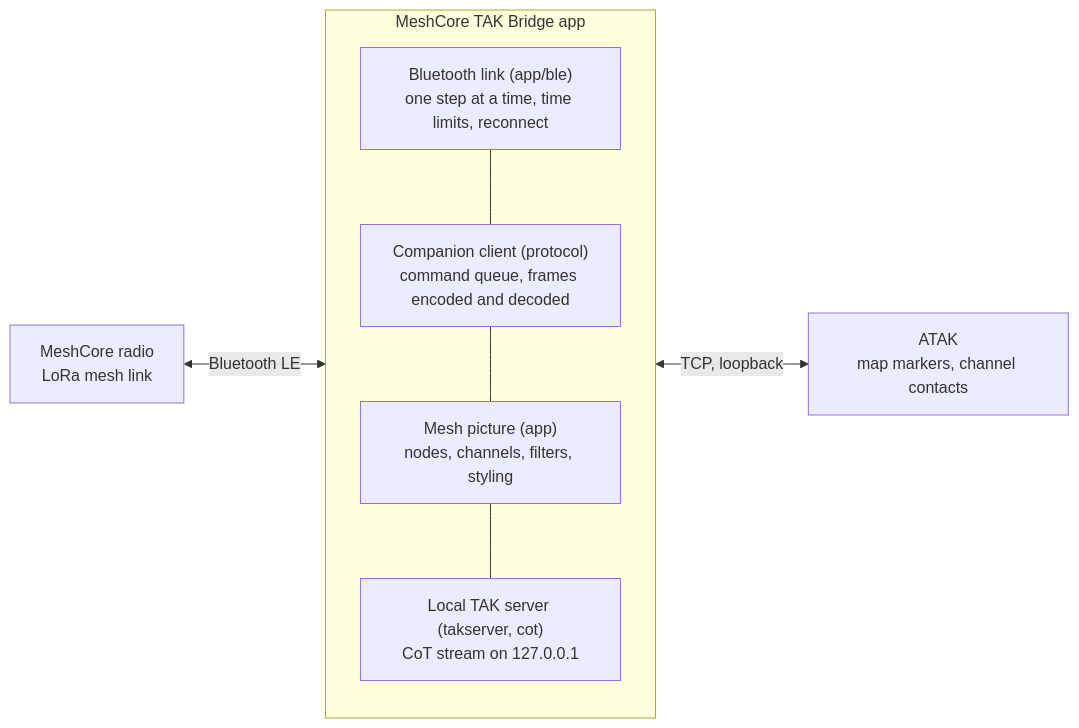
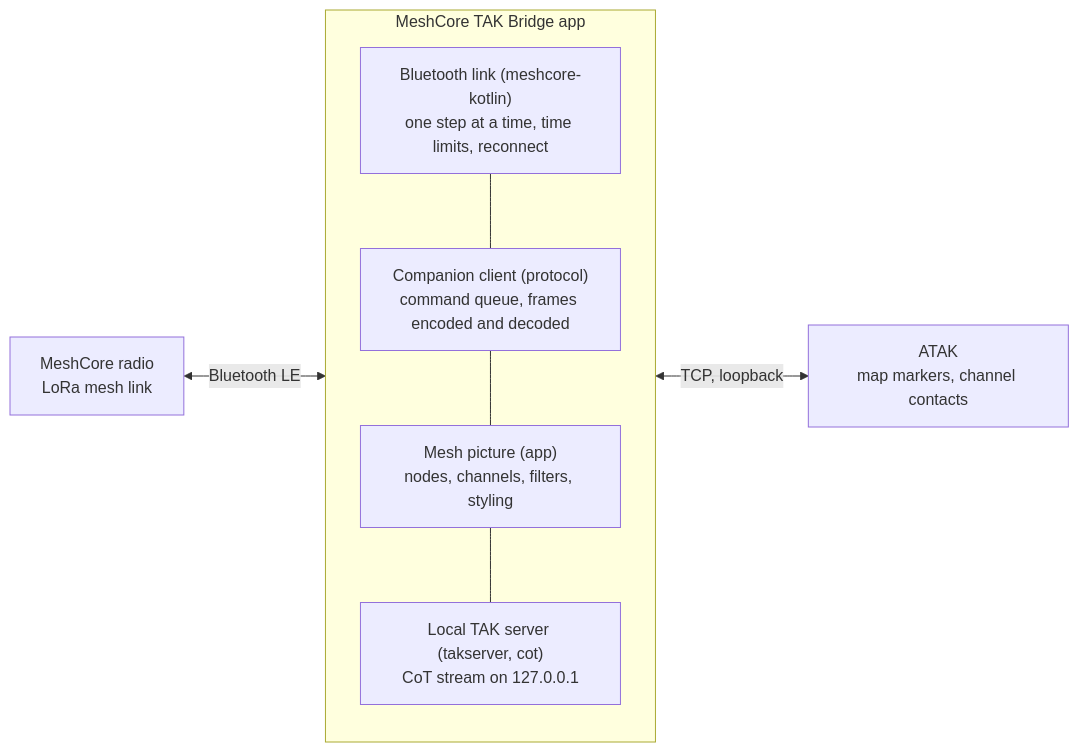
One commit to Colorado-Mesh/meshcore-tak-bridge changed the diagram in docs/DESIGN.md. Above: the diagram before and after it, drawn with Mermaid. The commit also changed other lines of this file and 26 other files, not shown here.

First line of the commit message:
Use the shared meshcore-kotlin protocol and Bluetooth code

````diff
--- a/docs/DESIGN.md
+++ b/docs/DESIGN.md
@@ -58,15 +58,15 @@
 ```mermaid
 flowchart LR
     radio["MeshCore radio<br/>LoRa mesh link"]
     subgraph app["MeshCore TAK Bridge app"]
         direction TB
-        ble["Bluetooth link (app/ble)<br/>one step at a time, time limits, reconnect"]
+        ble["Bluetooth link (meshcore-kotlin)<br/>one step at a time, time limits, reconnect"]
         protocol["Companion client (protocol)<br/>command queue, frames encoded and decoded"]
         bridge["Mesh picture (app)<br/>nodes, channels, filters, styling"]
         server["Local TAK server (takserver, cot)<br/>CoT stream on 127.0.0.1"]
         ble --- protocol --- bridge --- server
     end
     atak["ATAK<br/>map markers, channel contacts"]
     radio <-- "Bluetooth LE" --> ble
     server <-- "TCP, loopback" --> atak
 ```
````
